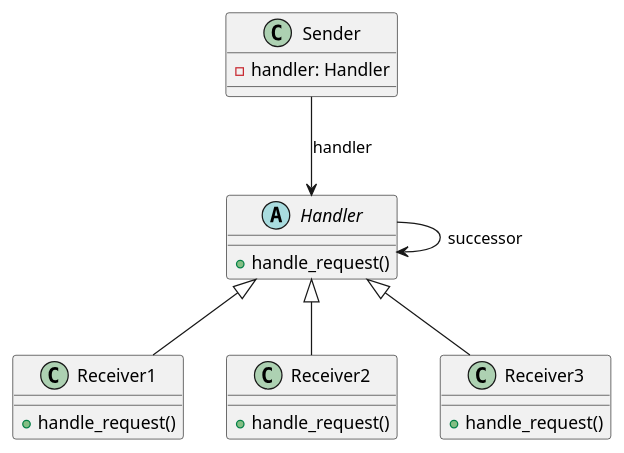
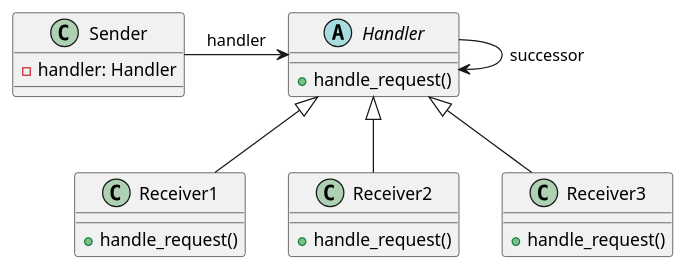
Before and after one commit to 2DGD-F0TH/2DGD_F0TH: the diagram in raw_resources/images/design_patterns/class_chain_of_responsibility.puml, drawn with PlantUML. The commit also changed 2 other files, not shown here.

```diff
--- a/raw_resources/images/design_patterns/class_chain_of_responsibility.puml
+++ b/raw_resources/images/design_patterns/class_chain_of_responsibility.puml
@@ -1,31 +1,31 @@
 @startuml
 
 class Sender{
     -  handler: Handler
 }
 
 abstract class Handler{
     + handle_request()
 }
 
 class Receiver1{
     + handle_request()
 }
 
 class Receiver2{
     + handle_request()
 }
 
 class Receiver3{
     + handle_request()
 }
 
 Receiver1 -up-|> Handler
 Receiver2 -up-|> Handler
 Receiver3 -up-|> Handler
 
-Sender --> Handler: handler
+Sender -right-> Handler: handler
 
 Handler --> Handler: successor
 
 @enduml
```
